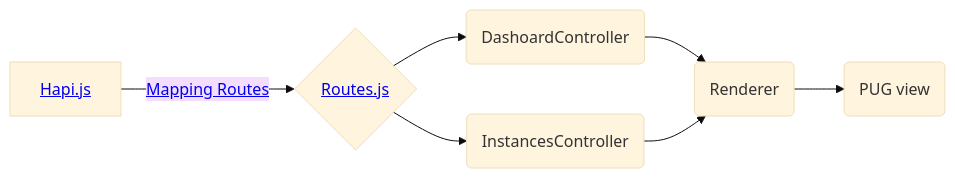
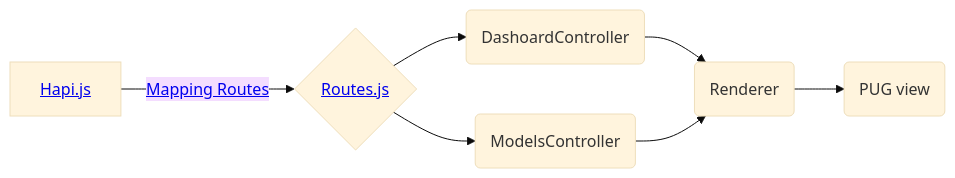
The first of 2 diagrams in docs/index.md (SoftwareBrothers/adminjs), drawn with Mermaid (base theme) before and after one commit. The commit also changed 4 other files, not shown here.

Commit message:
rename instances controller to models controller

```diff
--- a/docs/index.md
+++ b/docs/index.md
@@ -13,11 +13,11 @@
 <div class="mermaid">
   graph LR
   A[<a href=./examples_hapijs_index.js.html>Hapi.js</a>] -->|<a href=./admin_integrations_hapi.js.html>Mapping Routes</a>| B{<a href=./Routes.html>Routes.js</a>}
   B --> C(DashoardController)
-  B --> D(InstancesController)
+  B --> D(ModelsController)
   E(Renderer)
   C --> E
   D --> E
   F(PUG view)
   E --> F
 </div>
```
